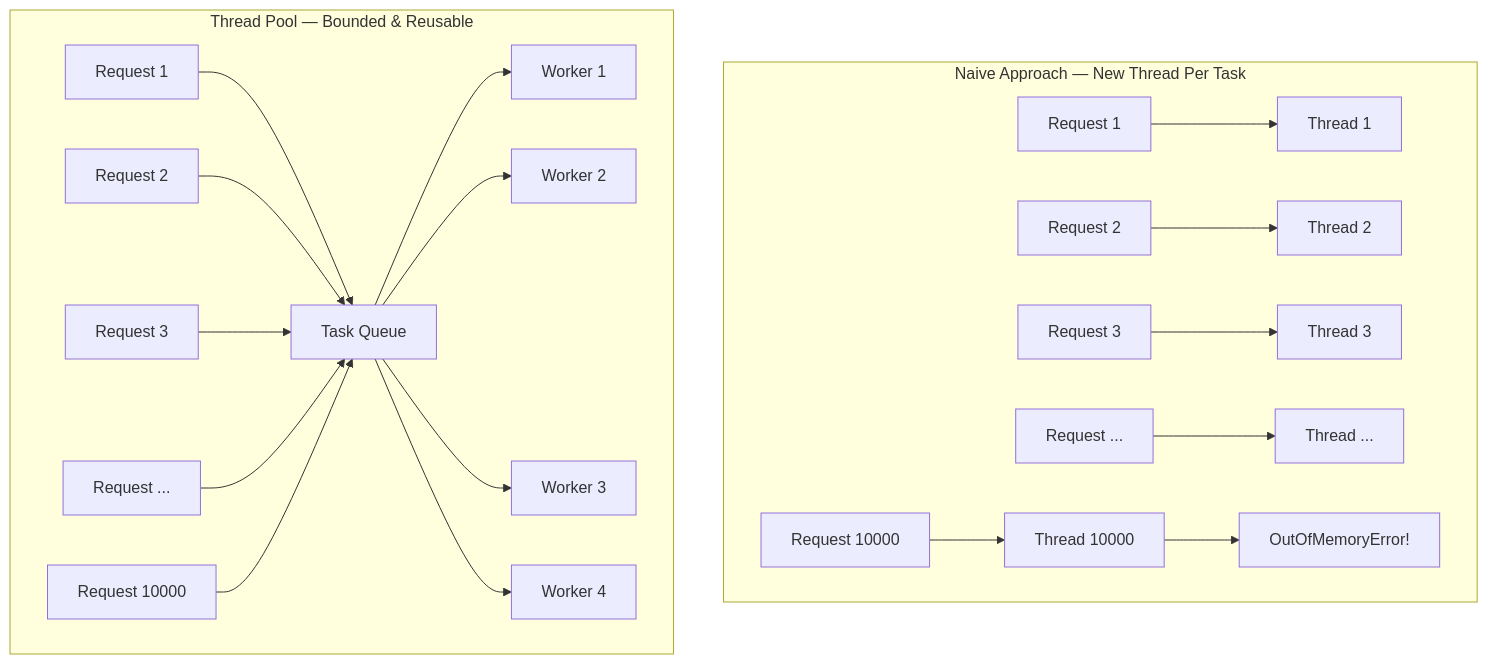
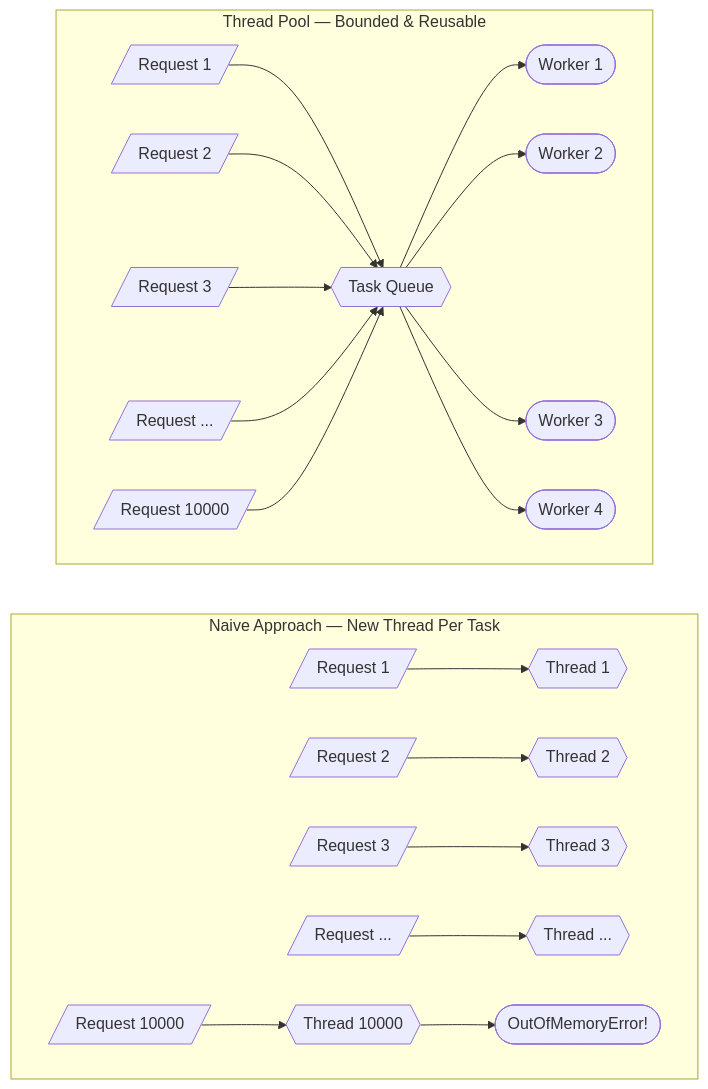
Before and after one commit to saivamsikaruturi/vamsilabs-dev-notes-main: the first of 5 diagrams in docs/java/Executors.md, drawn with Mermaid. The commit also changed other lines of this file and 146 other files, not shown here.

Commit message:
Horizontal diagrams, UML class diagrams, typography overhaul, and permalink cleanup

````diff
--- a/docs/java/Executors.md
+++ b/docs/java/Executors.md
@@ -20,23 +20,25 @@
 ```mermaid
-graph TD
+flowchart LR
     subgraph "Naive Approach — New Thread Per Task"
-        R1[Request 1] --> T1[Thread 1]
-        R2[Request 2] --> T2[Thread 2]
-        R3[Request 3] --> T3[Thread 3]
-        R4[Request ...] --> T4[Thread ...]
-        R5[Request 10000] --> T5[Thread 10000]
-        T5 --> OOM[OutOfMemoryError!]
+        direction LR
+        R1[/"Request 1"/] --> T1{{"Thread 1"}}
+        R2[/"Request 2"/] --> T2{{"Thread 2"}}
+        R3[/"Request 3"/] --> T3{{"Thread 3"}}
+        R4[/"Request ..."/] --> T4{{"Thread ..."}}
+        R5[/"Request 10000"/] --> T5{{"Thread 10000"}}
+        T5 --> OOM(["OutOfMemoryError!"])
     end
 
     subgraph "Thread Pool — Bounded & Reusable"
-        RR1[Request 1] --> Q[Task Queue]
-        RR2[Request 2] --> Q
-        RR3[Request 3] --> Q
-        RR4[Request ...] --> Q
-        RR5[Request 10000] --> Q
-        Q --> W1[Worker 1]
-        Q --> W2[Worker 2]
-        Q --> W3[Worker 3]
-        Q --> W4[Worker 4]
+        direction LR
+        RR1[/"Request 1"/] --> Q{{"Task Queue"}}
+        RR2[/"Request 2"/] --> Q
+        RR3[/"Request 3"/] --> Q
+        RR4[/"Request ..."/] --> Q
+        RR5[/"Request 10000"/] --> Q
+        Q --> W1(["Worker 1"])
+        Q --> W2(["Worker 2"])
+        Q --> W3(["Worker 3"])
+        Q --> W4(["Worker 4"])
     end
 ```
````
